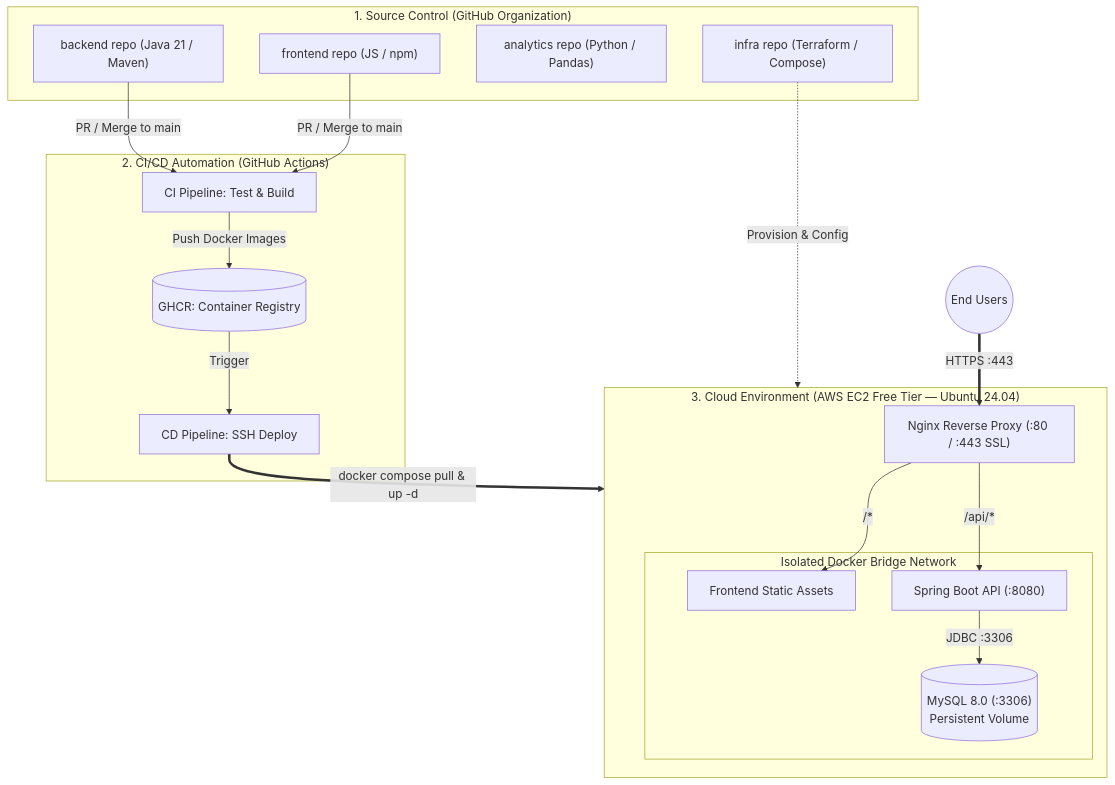
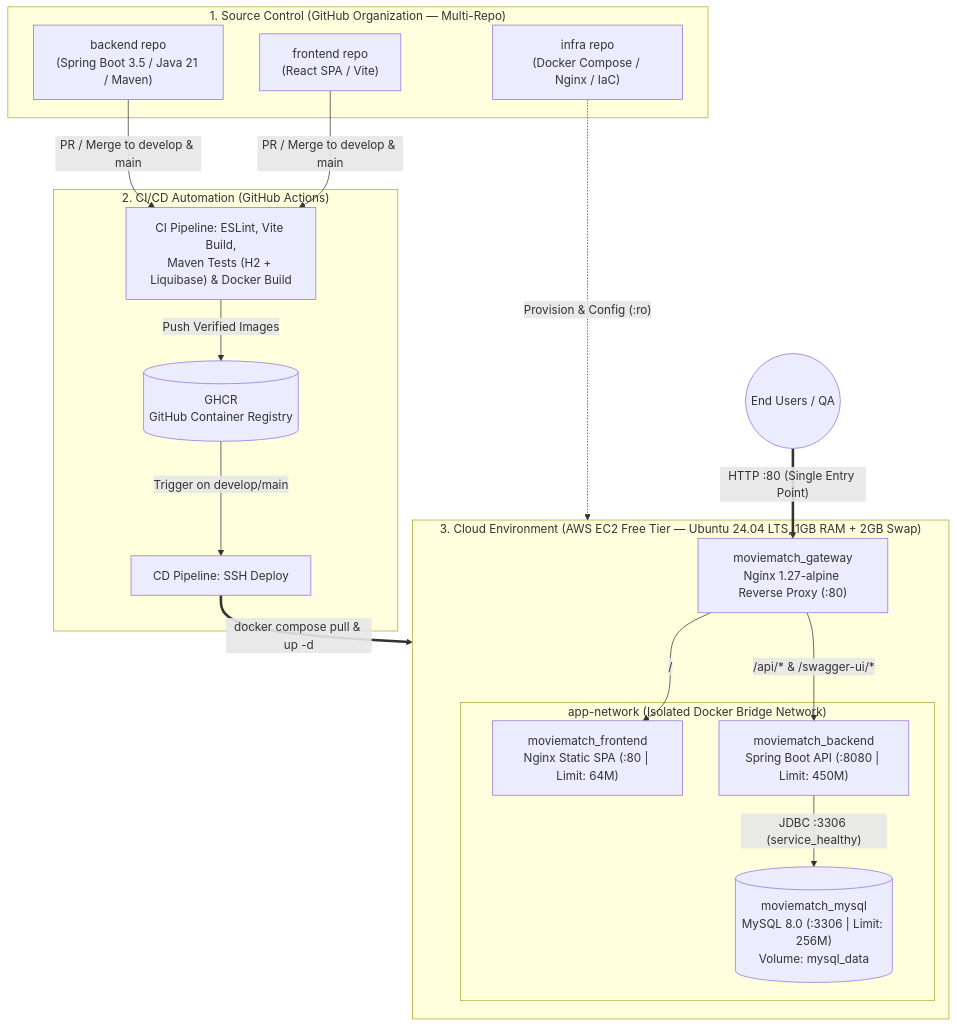
One commit to mate-team-project-262/infra changed the diagram in README.md. Above: the diagram before and after it, drawn with Mermaid. The commit also changed other lines of this file and 5 other files, not shown here.

Commit message:
feat(compose): add nginx reverse proxy, compose orchestration and update documentation

````diff
--- a/README.md
+++ b/README.md
@@ -9,40 +9,40 @@
 ```mermaid
 graph TB
-    subgraph GitHub ["1. Source Control (GitHub Organization)"]
-        FE_Repo["frontend repo (JS / npm)"]
-        BE_Repo["backend repo (Java 21 / Maven)"]
-        AN_Repo["analytics repo (Python / Pandas)"]
-        IN_Repo["infra repo (Terraform / Compose)"]
+    subgraph GitHub ["1. Source Control (GitHub Organization — Multi-Repo)"]
+        FE_Repo["frontend repo<br/>(React SPA / Vite)"]
+        BE_Repo["backend repo<br/>(Spring Boot 3.5 / Java 21 / Maven)"]
+        IN_Repo["infra repo<br/>(Docker Compose / Nginx / IaC)"]
     end
 
     subgraph CICD ["2. CI/CD Automation (GitHub Actions)"]
-        CI["CI Pipeline: Test & Build"]
-        GHCR[("GHCR: Container Registry")]
+        CI["CI Pipeline: ESLint, Vite Build,<br/>Maven Tests (H2 + Liquibase) & Docker Build"]
+        GHCR[("GHCR<br/>GitHub Container Registry")]
         CD["CD Pipeline: SSH Deploy"]
     end
 
-    subgraph AWS ["3. Cloud Environment (AWS EC2 Free Tier — Ubuntu 24.04)"]
-        Nginx["Nginx Reverse Proxy (:80 / :443 SSL)"]
+    subgraph AWS ["3. Cloud Environment (AWS EC2 Free Tier — Ubuntu 24.04 LTS, 1GB RAM + 2GB Swap)"]
+        Nginx["moviematch_gateway<br/>Nginx 1.27-alpine Reverse Proxy (:80)"]
         
-        subgraph DockerNet ["Isolated Docker Bridge Network"]
-            FE_Cont["Frontend Static Assets"]
-            BE_Cont["Spring Boot API (:8080)"]
-            DB_Cont[("MySQL 8.0 (:3306)\nPersistent Volume")]
+        subgraph DockerNet ["app-network (Isolated Docker Bridge Network)"]
+            FE_Cont["moviematch_frontend<br/>Nginx Static SPA (:80 | Limit: 64M)"]
+            BE_Cont["moviematch_backend<br/>Spring Boot API (:8080 | Limit: 450M)"]
+            DB_Cont[("moviematch_mysql<br/>MySQL 8.0 (:3306 | Limit: 256M)<br/>Volume: mysql_data")]
         end
     end
 
-    Users(("End Users"))
+    Users(("End Users / QA"))
 
-    %% Flows
-    FE_Repo -->|PR / Merge to main| CI
-    BE_Repo -->|PR / Merge to main| CI
-    CI -->|Push Docker Images| GHCR
-    GHCR -->|Trigger| CD
-    IN_Repo -.->|Provision & Config| AWS
-    CD ==>|docker compose pull & up -d| AWS
+    %% CI/CD Flows
+    FE_Repo -->|"PR / Merge to develop & main"| CI
+    BE_Repo -->|"PR / Merge to develop & main"| CI
+    CI -->|"Push Verified Images"| GHCR
+    GHCR -->|"Trigger on develop/main"| CD
+    IN_Repo -.->|"Provision & Config (:ro)"| AWS
+    CD ==>|"docker compose pull & up -d"| AWS
 
-    Users ==>|HTTPS :443| Nginx
-    Nginx -->|/*| FE_Cont
-    Nginx -->|/api/*| BE_Cont
-    BE_Cont -->|JDBC :3306| DB_Cont
+    %% Runtime Traffic Flows
+    Users ==>|"HTTP :80 (Single Entry Point)"| Nginx
+    Nginx -->|"/"| FE_Cont
+    Nginx -->|"/api/* & /swagger-ui/*"| BE_Cont
+    BE_Cont -->|"JDBC :3306 (service_healthy)"| DB_Cont
 ```
````
